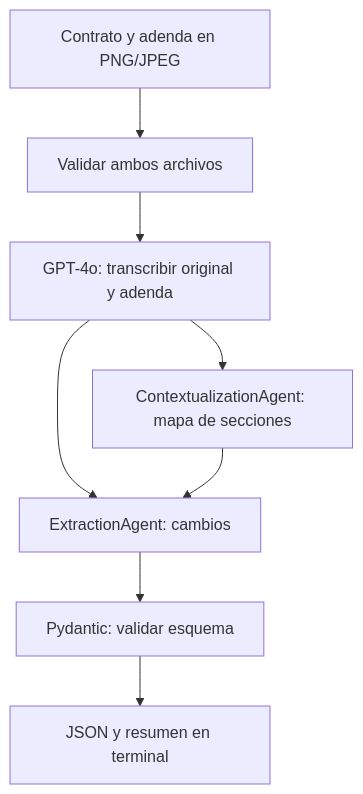
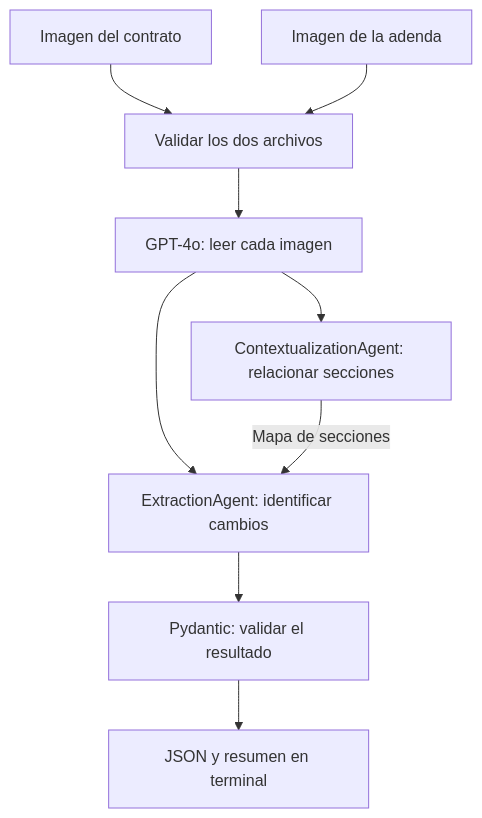
The diagram in M4/README.md (GonLucero/henry-ai-engineering), drawn with Mermaid before and after one commit. The commit also changed other lines of this file, not shown here.

Commit message:
Aclara el README de M4 y explica las decisiones del proyecto

````diff
--- a/M4/README.md
+++ b/M4/README.md
@@ -11,10 +11,11 @@
 ```mermaid
 flowchart TD
-    A[Contrato y adenda en PNG/JPEG] --> B[Validar ambos archivos]
-    B --> C[GPT-4o: transcribir original y adenda]
-    C --> D[ContextualizationAgent: mapa de secciones]
-    C --> E[ExtractionAgent: cambios]
-    D --> E
-    E --> F[Pydantic: validar esquema]
-    F --> G[JSON y resumen en terminal]
+    A[Imagen del contrato] --> V[Validar los dos archivos]
+    B[Imagen de la adenda] --> V
+    V --> P[GPT-4o: leer cada imagen]
+    P --> C[ContextualizationAgent: relacionar secciones]
+    P --> E[ExtractionAgent: identificar cambios]
+    C -->|Mapa de secciones| E
+    E --> D[Pydantic: validar el resultado]
+    D --> R[JSON y resumen en terminal]
 ```
````
